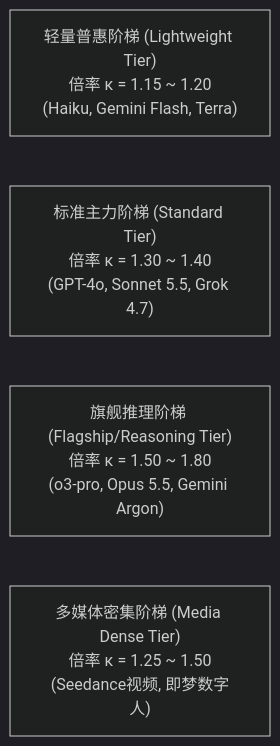
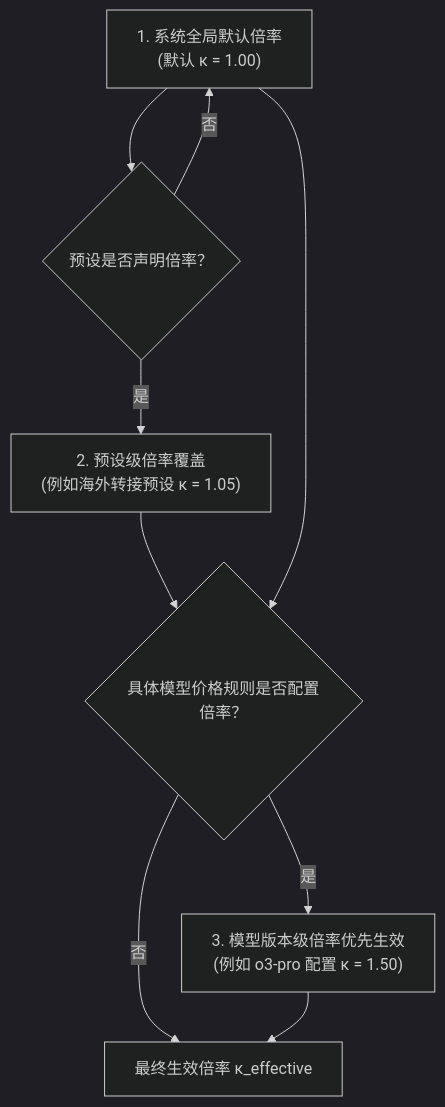
The first of 2 diagrams in docs/design/34-积分消耗系统与模型真实计价体系设计.md (StephenQiu30/glowloom), drawn with Mermaid (dark theme) before and after one commit. The commit also changed other lines of this file, not shown here.

````diff
--- a/docs/design/34-积分消耗系统与模型真实计价体系设计.md
+++ b/docs/design/34-积分消耗系统与模型真实计价体系设计.md
@@ -93,7 +99,11 @@
 ```mermaid
-flowchart LR
-    Tier1["轻量普惠阶梯 (Lightweight Tier)<br/>倍率 κ = 1.15 ~ 1.20<br/>(Haiku, Gemini Flash, Terra)"]
-    Tier2["标准主力阶梯 (Standard Tier)<br/>倍率 κ = 1.30 ~ 1.40<br/>(GPT-4o, Sonnet 5.5, Grok 4.7)"]
-    Tier3["旗舰推理阶梯 (Flagship/Reasoning Tier)<br/>倍率 κ = 1.50 ~ 1.80<br/>(o3-pro, Opus 5.5, Gemini Argon)"]
-    Tier4["多媒体密集阶梯 (Media Dense Tier)<br/>倍率 κ = 1.25 ~ 1.50<br/>(Seedance视频, 即梦数字人)"]
+flowchart TD
+    Global["1. 系统全局默认倍率<br/>(默认 κ = 1.00)"] --> PresetCheck{"预设是否声明倍率？"}
+    PresetCheck -->|是| PresetLevel["2. 预设级倍率覆盖<br/>(例如海外转接预设 κ = 1.05)"]
+    PresetCheck -->|否| Global
+    PresetLevel --> ModelCheck{"具体模型价格规则是否配置倍率？"}
+    Global --> ModelCheck
+    ModelCheck -->|是| ModelLevel["3. 模型版本级倍率优先生效<br/>(例如 o3-pro 配置 κ = 1.50)"]
+    ModelCheck -->|否| FinalChoice["最终生效倍率 κ_effective"]
+    ModelLevel --> FinalChoice
 ```
````
